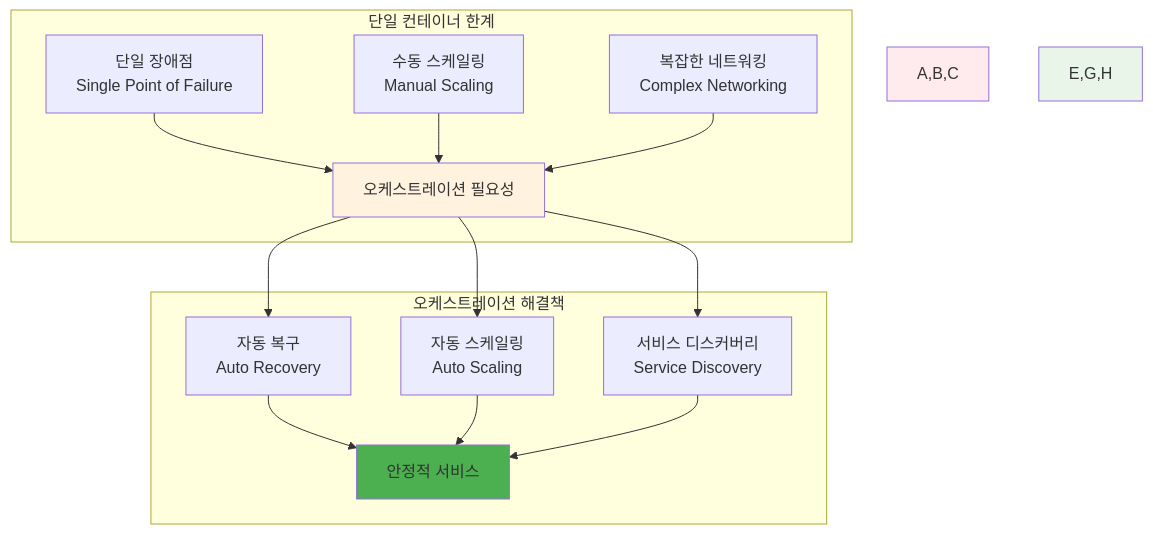
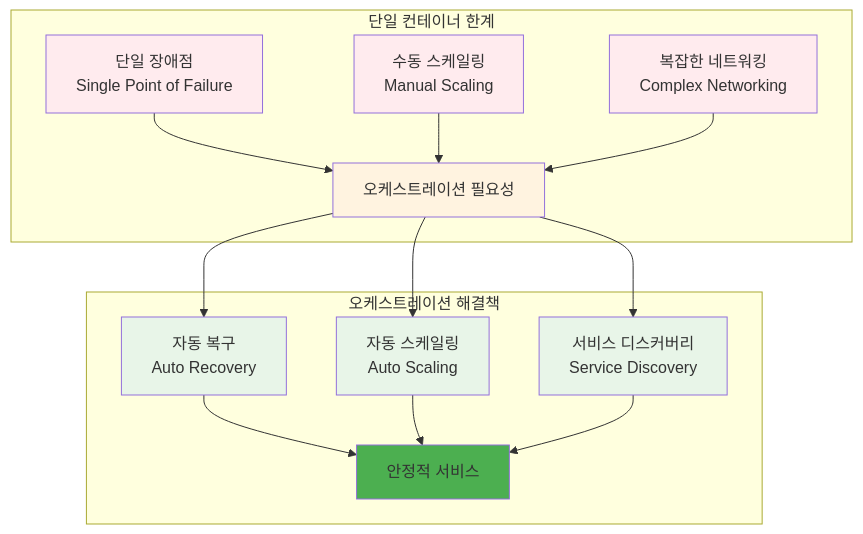
One commit to niceguy61/kdt_devops_lecture_2025 changed the ninth of 14 diagrams in theory/week_02/day4/README_corrected.md. Above: the diagram before and after it, drawn with Mermaid. The commit also changed other lines of this file and 63 other files, not shown here.

````diff
--- a/theory/week_02/day4/README_corrected.md
+++ b/theory/week_02/day4/README_corrected.md
@@ -350,23 +377,27 @@
 ```mermaid
 graph TB
     subgraph "단일 컨테이너 한계"
         A[단일 장애점<br/>Single Point of Failure] --> D[오케스트레이션 필요성]
         B[수동 스케일링<br/>Manual Scaling] --> D
         C[복잡한 네트워킹<br/>Complex Networking] --> D
     end
     
     subgraph "오케스트레이션 해결책"
         E[자동 복구<br/>Auto Recovery] --> F[안정적 서비스]
         G[자동 스케일링<br/>Auto Scaling] --> F
         H[서비스 디스커버리<br/>Service Discovery] --> F
     end
     
     D --> E
     D --> G
     D --> H
     
-    style A,B,C fill:#ffebee
+    style A fill:#ffebee
+    style B fill:#ffebee
+    style C fill:#ffebee
     style D fill:#fff3e0
-    style E,G,H fill:#e8f5e8
+    style E fill:#e8f5e8
+    style G fill:#e8f5e8
+    style H fill:#e8f5e8
     style F fill:#4caf50
 ```
````
